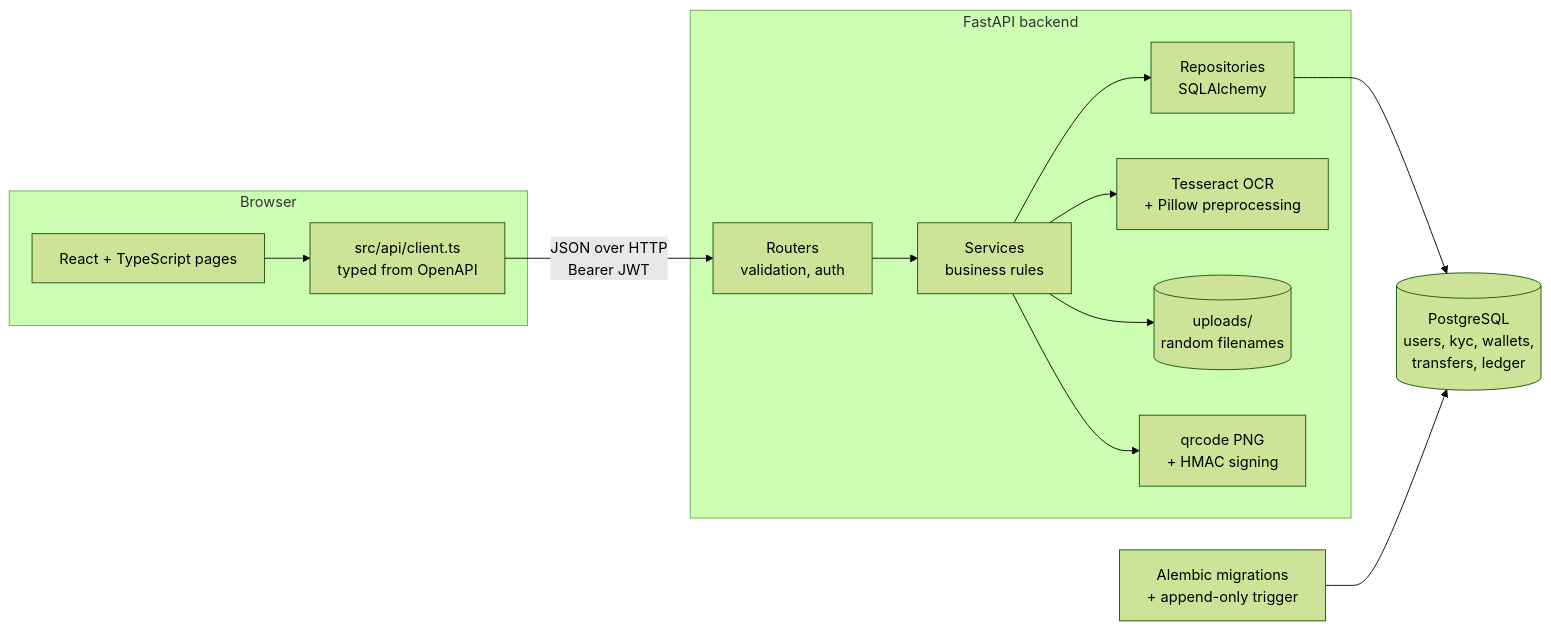
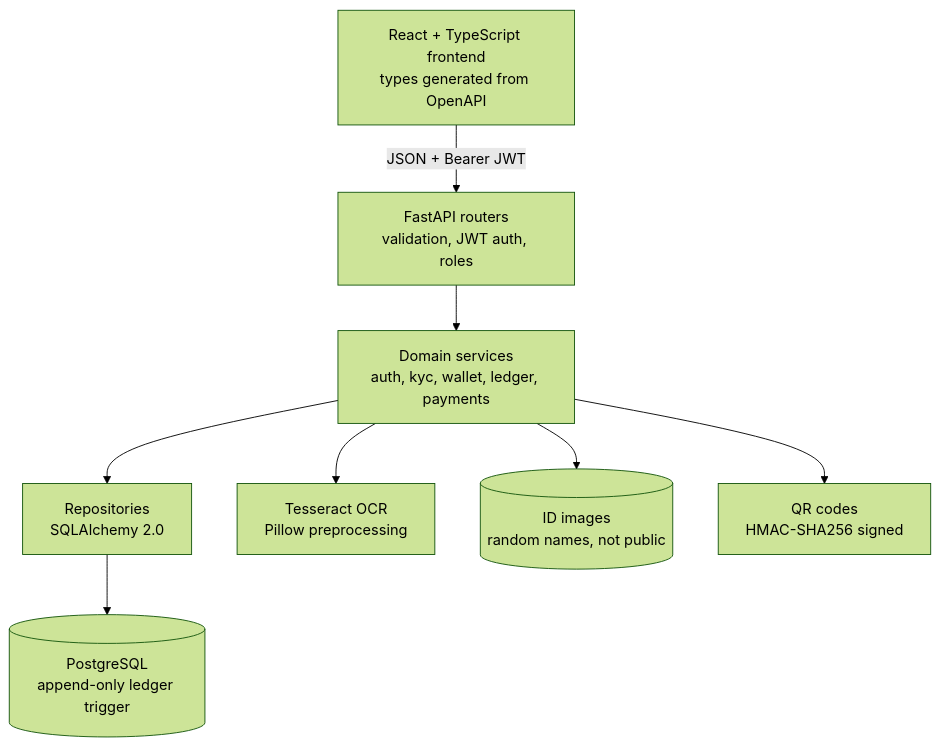
Before and after one commit to SanchitSlayer/digital-wallet-ekyc: the first of 4 diagrams in README.md, drawn with Mermaid (forest theme). The commit also changed other lines of this file, not shown here.

Commit message:
Make README architecture diagrams readable at GitHub width

````diff
--- a/README.md
+++ b/README.md
@@ -63,19 +63,19 @@
 ```mermaid
-flowchart LR
-    subgraph Client["Browser"]
-        UI["React + TypeScript pages"] --> APIClient["src/api/client.ts<br/>typed from OpenAPI"]
-    end
+flowchart TB
+    UI["React + TypeScript frontend<br/>types generated from OpenAPI"]
+    API["FastAPI routers<br/>validation, JWT auth, roles"]
+    SVC["Domain services<br/>auth, kyc, wallet, ledger, payments"]
+    REPO["Repositories<br/>SQLAlchemy 2.0"]
+    DB[("PostgreSQL<br/>append-only ledger trigger")]
+    OCR["Tesseract OCR<br/>Pillow preprocessing"]
+    FILES[("ID images<br/>random names, not public")]
+    QR["QR codes<br/>HMAC-SHA256 signed"]
 
-    APIClient -- "JSON over HTTP<br/>Bearer JWT" --> Routers
-
-    subgraph Backend["FastAPI backend"]
-        Routers["Routers<br/>validation, auth"] --> Services["Services<br/>business rules"]
-        Services --> Repos["Repositories<br/>SQLAlchemy"]
-        Services --> OCR["Tesseract OCR<br/>+ Pillow preprocessing"]
-        Services --> Files[("uploads/<br/>random filenames")]
-        Services --> QR["qrcode PNG<br/>+ HMAC signing"]
-    end
-
-    Repos --> DB[("PostgreSQL<br/>users, kyc, wallets,<br/>transfers, ledger")]
-    Migrations["Alembic migrations<br/>+ append-only trigger"] --> DB
+    UI -- "JSON + Bearer JWT" --> API
+    API --> SVC
+    SVC --> REPO
+    REPO --> DB
+    SVC --> OCR
+    SVC --> FILES
+    SVC --> QR
 ```
````
